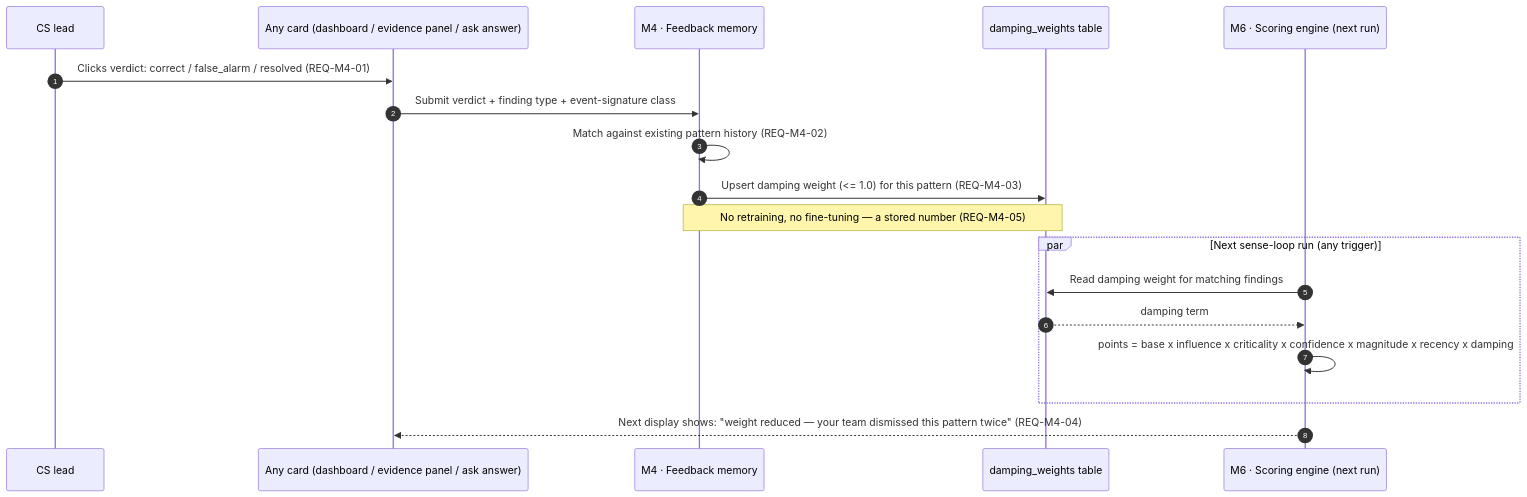
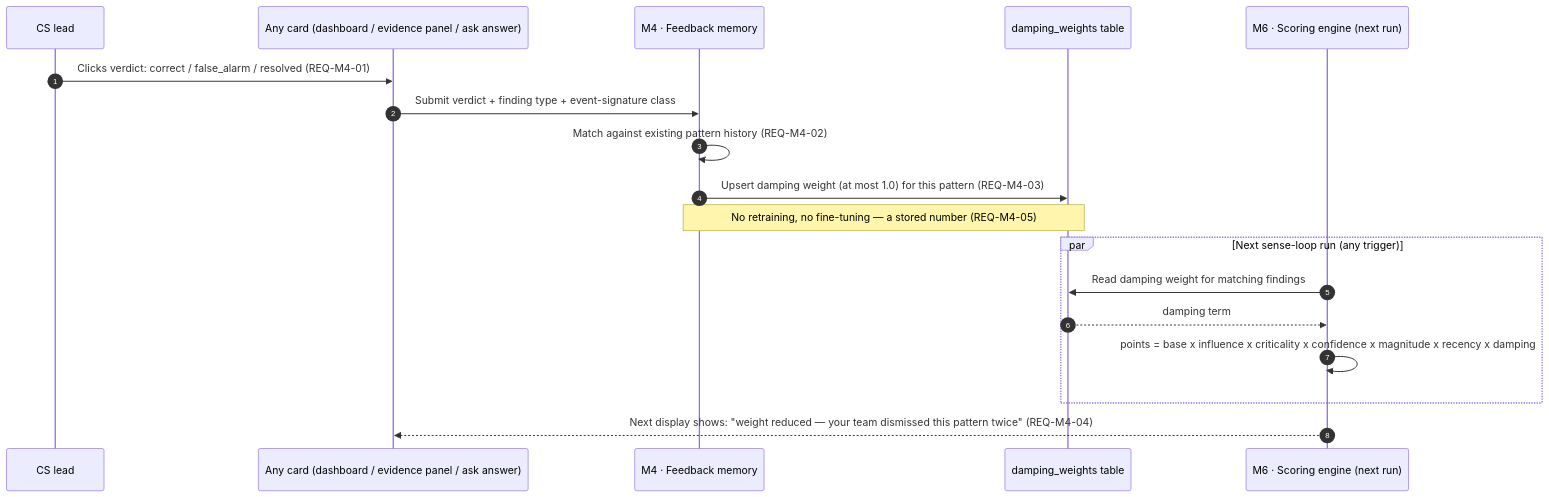
One commit to juanc-huarachi-coderoad-com/agentic-churn changed the diagram in sequences/03-sequence-feedback-loop.md. Above: the diagram before and after it, drawn with Mermaid. The commit also changed 5 other files, not shown here.

````diff
--- a/sequences/03-sequence-feedback-loop.md
+++ b/sequences/03-sequence-feedback-loop.md
@@ -7,24 +7,24 @@
 ```mermaid
 sequenceDiagram
     autonumber
     participant User as CS lead
     participant Card as Any card (dashboard / evidence panel / ask answer)
     participant FM as M4 · Feedback memory
     participant Damp as damping_weights table
     participant Scorer as M6 · Scoring engine (next run)
 
     User->>Card: Clicks verdict: correct / false_alarm / resolved (REQ-M4-01)
     Card->>FM: Submit verdict + finding type + event-signature class
     FM->>FM: Match against existing pattern history (REQ-M4-02)
-    FM->>Damp: Upsert damping weight (<= 1.0) for this pattern (REQ-M4-03)
+    FM->>Damp: Upsert damping weight (at most 1.0) for this pattern (REQ-M4-03)
 
     Note over FM,Damp: No retraining, no fine-tuning — a stored number (REQ-M4-05)
 
     par Next sense-loop run (any trigger)
         Scorer->>Damp: Read damping weight for matching findings
         Damp-->>Scorer: damping term
         Scorer->>Scorer: points = base x influence x criticality x confidence x magnitude x recency x damping
     end
 
     Scorer-->>Card: Next display shows: "weight reduced — your team dismissed this pattern twice" (REQ-M4-04)
 ```
````
